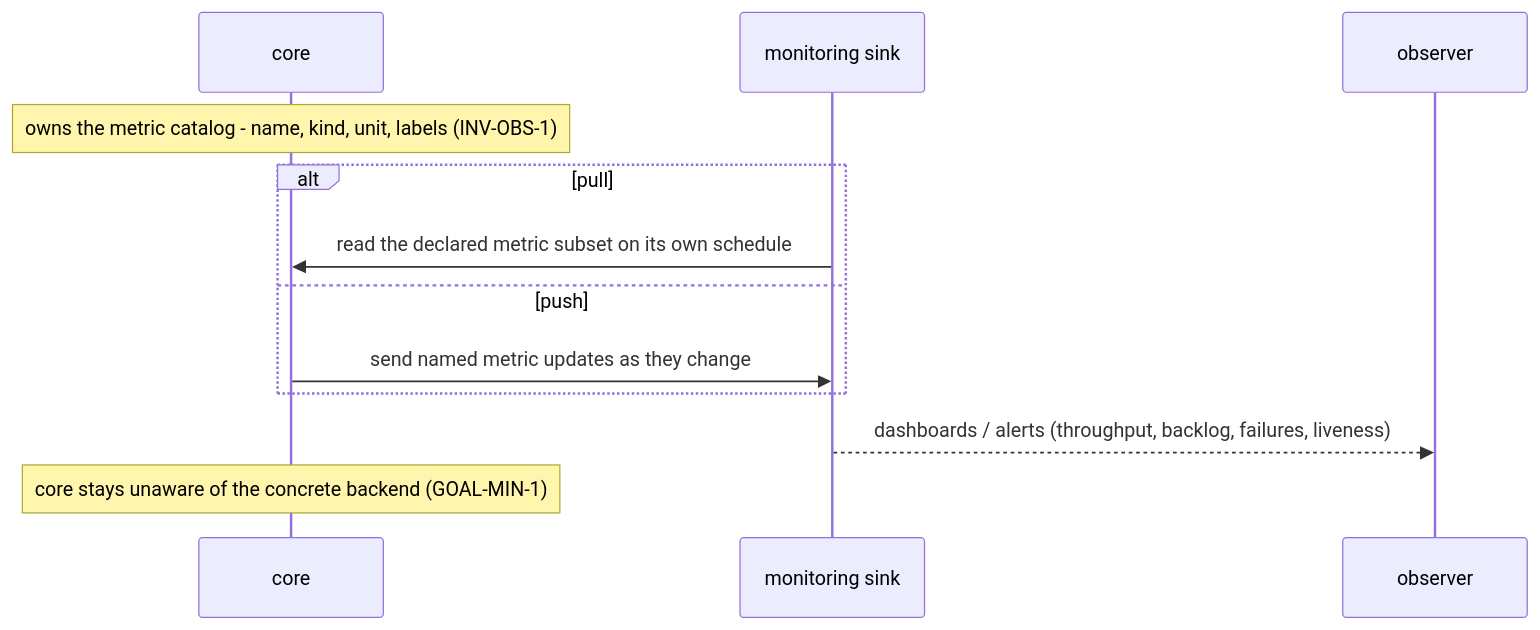
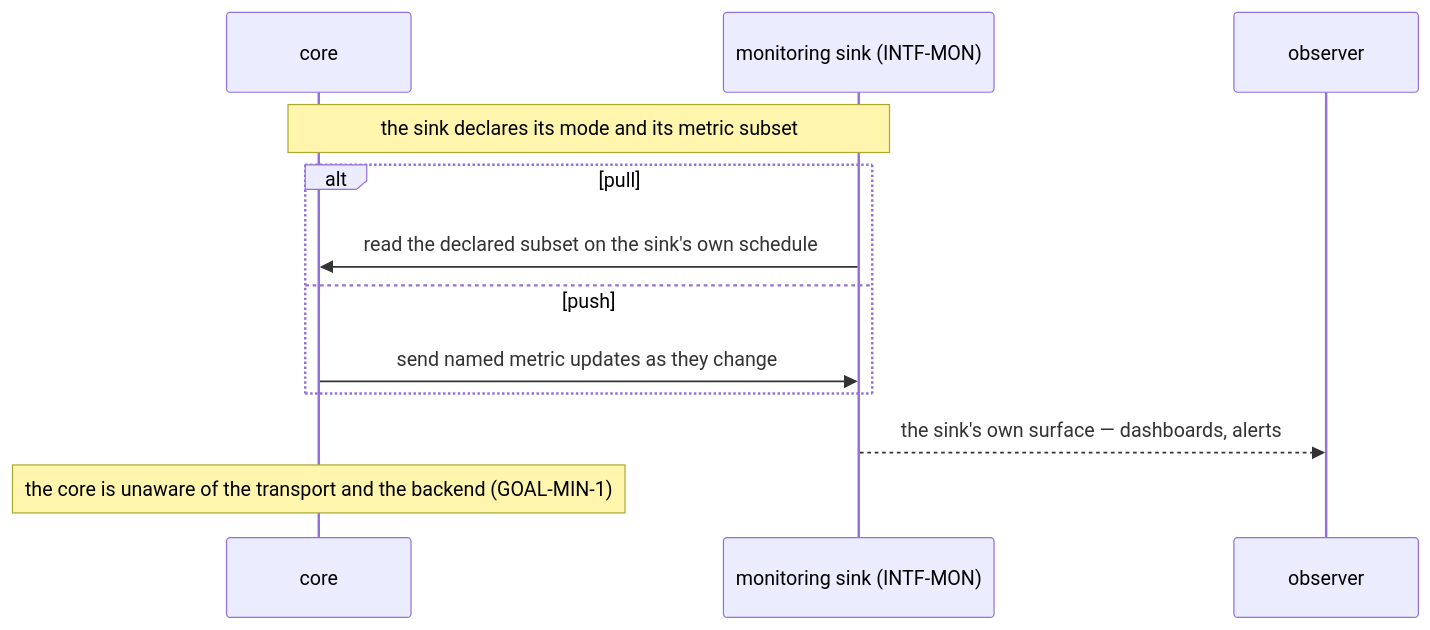
The seventh of 18 diagrams in packages/pr-pool/docs/behavior/journeys.md (phillipgreenii/nix-agent-support), drawn with Mermaid before and after one commit. The commit also changed other lines of this file and 4 other files, not shown here.

````diff
--- a/packages/pr-pool/docs/behavior/journeys.md
+++ b/packages/pr-pool/docs/behavior/journeys.md
@@ -539,14 +450,14 @@
 ```mermaid
 sequenceDiagram
-    participant CORE as core
-    participant MON as monitoring sink
+    participant Core as core
+    participant M as monitoring sink (INTF-MON)
     participant OBS as observer
-    Note over CORE: owns the metric catalog - name, kind, unit, labels (INV-OBS-1)
+    Note over Core,M: the sink declares its mode and its metric subset
     alt pull
-        MON->>CORE: read the declared metric subset on its own schedule
+        M->>Core: read the declared subset on the sink's own schedule
     else push
-        CORE->>MON: send named metric updates as they change
+        Core->>M: send named metric updates as they change
     end
-    MON-->>OBS: dashboards / alerts (throughput, backlog, failures, liveness)
-    Note over CORE: core stays unaware of the concrete backend (GOAL-MIN-1)
+    M-->>OBS: the sink's own surface — dashboards, alerts
+    Note over Core: the core is unaware of the transport and the backend (GOAL-MIN-1)
 ```
````
